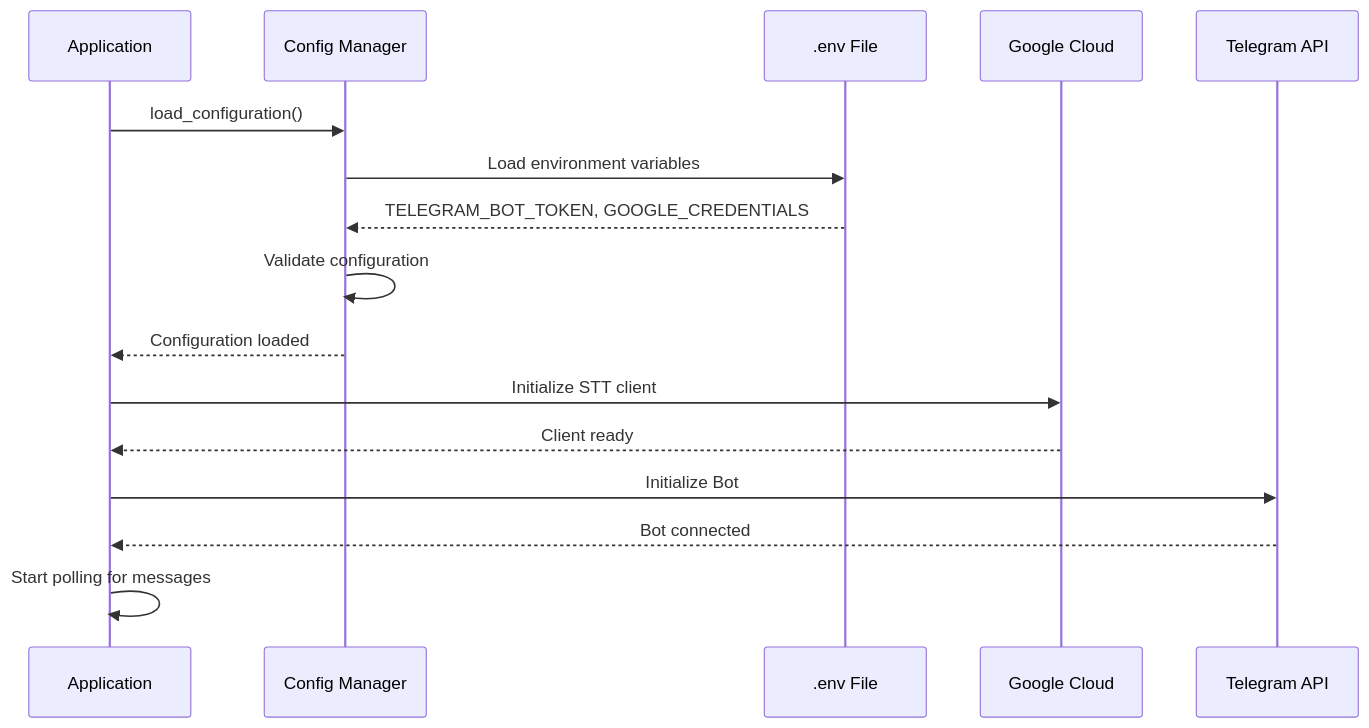
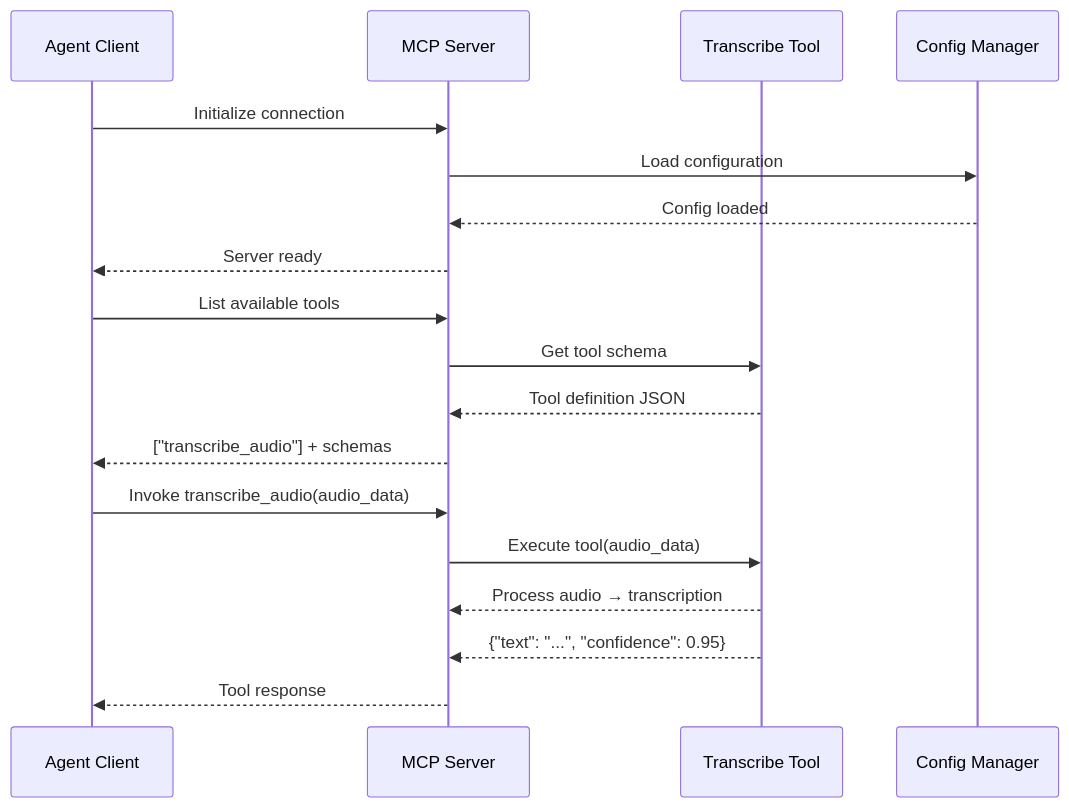
Before and after one commit to k-junior-claw/claw-auto-transcriber: the second of 3 diagrams in PROJECT_SPEC.md, drawn with Mermaid. The commit also changed other lines of this file, not shown here.

Commit message:
MCP SERVER v3.0: Complete MCP Server architecture spec\n\n- Converted from Telegram Bot to MCP Server architecture\n- Added MCP Server, Tool Definition components\n- Included MCP protocol flows, schemas, security\n- Added 80% test coverage requirement (pytest)\n- File: 20,878 bytes

````diff
--- a/PROJECT_SPEC.md
+++ b/PROJECT_SPEC.md
@@ -191,19 +180,21 @@
 ```mermaid
 sequenceDiagram
-    participant App as Application
+    participant Client as Agent Client
+    participant Server as MCP Server
+    participant Tool as Transcribe Tool
     participant Config as Config Manager
-    participant DotEnv as .env File
-    participant GCloud as Google Cloud
-    participant Telegram as Telegram API
 
-    App->>Config: load_configuration()
-    Config->>DotEnv: Load environment variables
-    DotEnv-->>Config: TELEGRAM_BOT_TOKEN, GOOGLE_CREDENTIALS
-    Config->>Config: Validate configuration
-    Config-->>App: Configuration loaded
-    App->>GCloud: Initialize STT client
-    GCloud-->>App: Client ready
-    App->>Telegram: Initialize Bot
-    Telegram-->>App: Bot connected
-    App->>App: Start polling for messages
+    Client->>Server: Initialize connection
+    Server->>Config: Load configuration
+    Config-->>Server: Config loaded
+    Server-->>Client: Server ready
+    Client->>Server: List available tools
+    Server->>Tool: Get tool schema
+    Tool-->>Server: Tool definition JSON
+    Server-->>Client: ["transcribe_audio"] + schemas
+    Client->>Server: Invoke transcribe_audio(audio_data)
+    Server->>Tool: Execute tool(audio_data)
+    Tool-->>Server: Process audio → transcription
+    Tool-->>Server: {"text": "...", "confidence": 0.95}
+    Server-->>Client: Tool response
 ```
````
